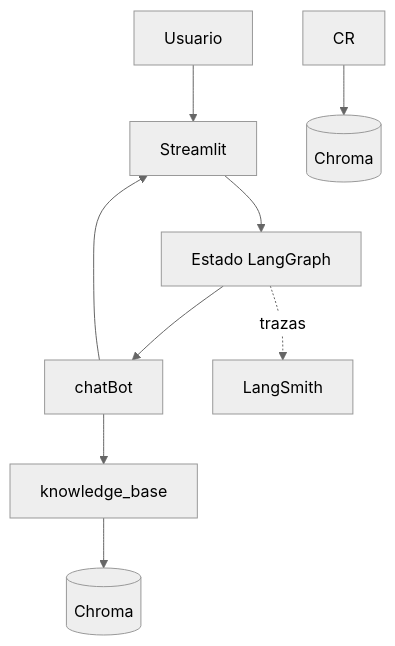
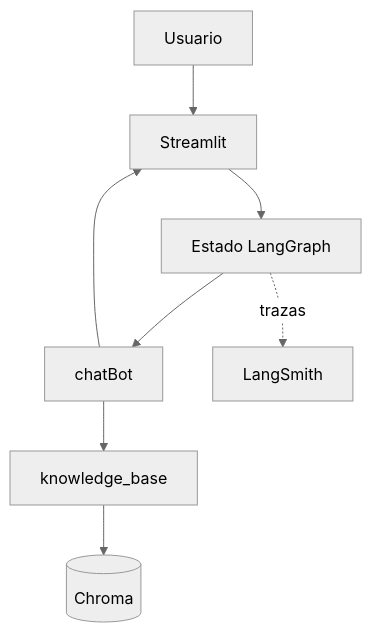
One commit to leonardog87/CODER-102110-AI-Engineering-GOMEZ changed the diagram in README.md. Above: the diagram before and after it, drawn with Mermaid (neutral theme). The commit also changed other lines of this file and 16 other files, not shown here.

````diff
--- a/README.md
+++ b/README.md
@@ -12,11 +12,10 @@
 ```mermaid
 flowchart TD
     U[Usuario] --> UI[Streamlit]
     UI --> S[Estado LangGraph]
     S --> B[chatBot]
     B --> KG[knowledge_base]
     B --> UI
     S -. trazas .-> LS[LangSmith]
     KG --> C1[(Chroma)]
-    CR --> C2[(Chroma)]
 ```
````
